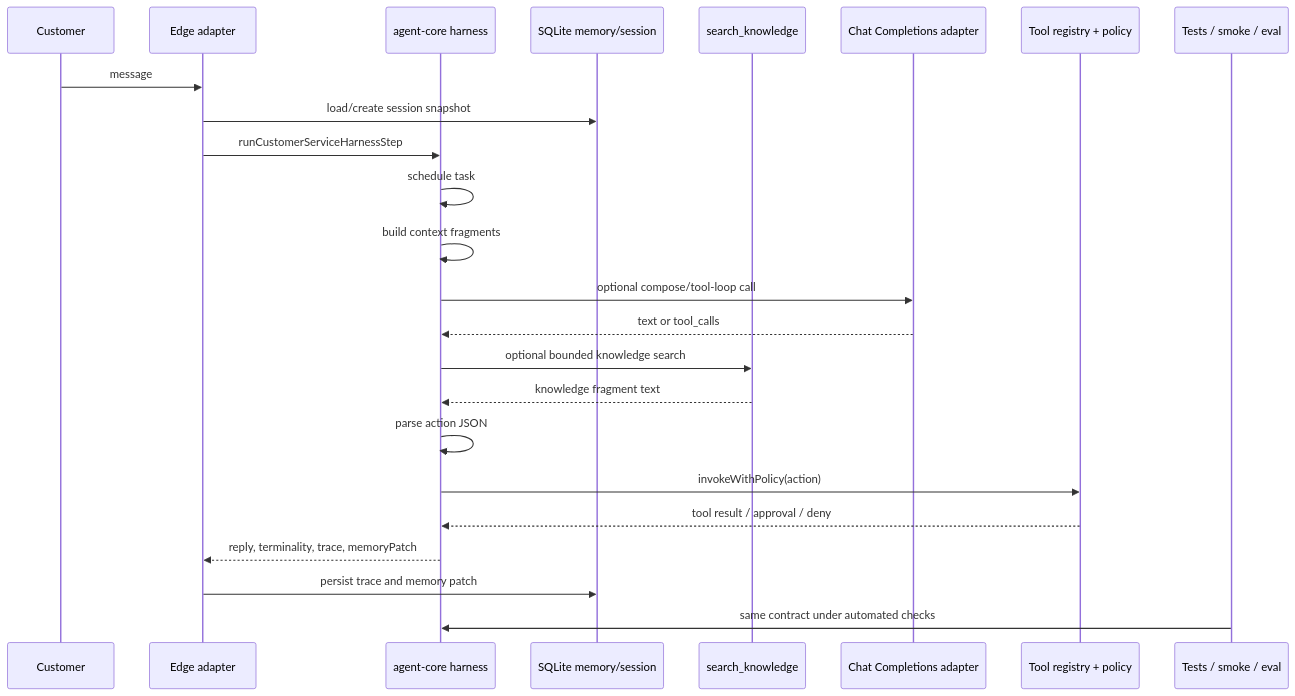
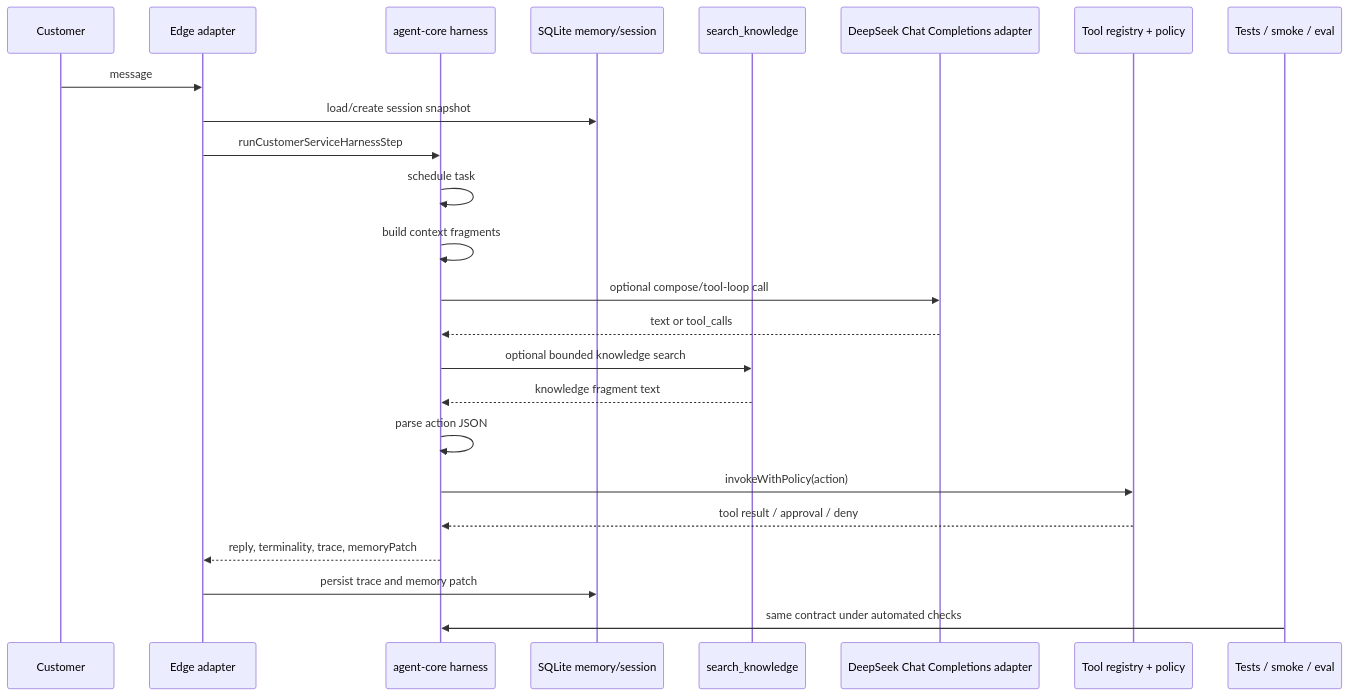
Before and after one commit to ImWenyaoT/chatty: the second of 7 diagrams in docs/current-architecture.md, drawn with Mermaid. The commit also changed other lines of this file and 10 other files, not shown here.

````diff
--- a/docs/current-architecture.md
+++ b/docs/current-architecture.md
@@ -90,27 +90,27 @@
 ```mermaid
 sequenceDiagram
   participant User as Customer
   participant Adapter as Edge adapter
   participant Harness as agent-core harness
   participant Memory as SQLite memory/session
   participant Search as search_knowledge
-  participant LLM as Chat Completions adapter
+  participant LLM as DeepSeek Chat Completions adapter
   participant Tools as Tool registry + policy
   participant Eval as Tests / smoke / eval
 
   User->>Adapter: message
   Adapter->>Memory: load/create session snapshot
   Adapter->>Harness: runCustomerServiceHarnessStep
   Harness->>Harness: schedule task
   Harness->>Harness: build context fragments
   Harness->>LLM: optional compose/tool-loop call
   LLM-->>Harness: text or tool_calls
   Harness->>Search: optional bounded knowledge search
   Search-->>Harness: knowledge fragment text
   Harness->>Harness: parse action JSON
   Harness->>Tools: invokeWithPolicy(action)
   Tools-->>Harness: tool result / approval / deny
   Harness-->>Adapter: reply, terminality, trace, memoryPatch
   Adapter->>Memory: persist trace and memory patch
   Eval->>Harness: same contract under automated checks
 ```
````
